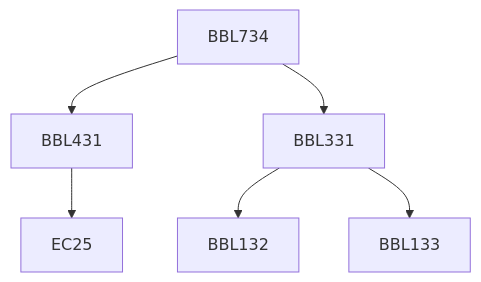
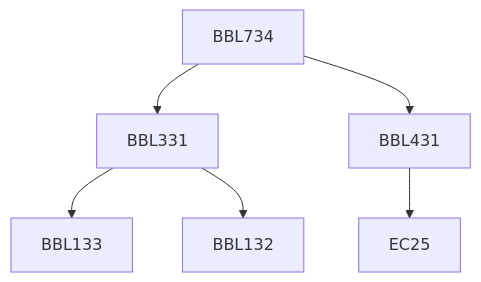
The diagram in content/Biochemical Engineering and Biotechnology/BBL734.md (KeshavBansal0122/CoS_Website), drawn with Mermaid before and after one commit. The commit also changed other lines of this file and 392 other files, not shown here.

````diff
--- a/content/Biochemical Engineering and Biotechnology/BBL734.md
+++ b/content/Biochemical Engineering and Biotechnology/BBL734.md
@@ -13,12 +13,12 @@
 ```mermaid
 flowchart TD
 BBL734-87[BBL734]
+BBL734-87 --> BBL331-87[BBL331]
+BBL734-87 --> BBL431-87[BBL431]
+BBL331-87 --> BBL133-87[BBL133]
 BBL331-87 --> BBL132-87[BBL132]
-BBL331-87 --> BBL133-87[BBL133]
-BBL734-87 --> BBL431-87[BBL431]
 BBL431-87 --> EC25-87[EC25]
-BBL734-87 --> BBL331-87[BBL331]
 
 classDef empty height:17px, fill:transparent, stroke:transparent;
 classDef trueEmpty height:0px, width:0px;
 ```
````
